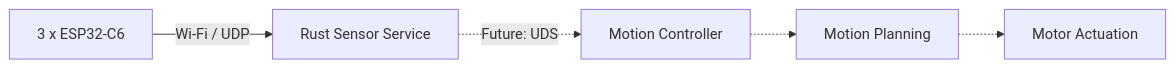
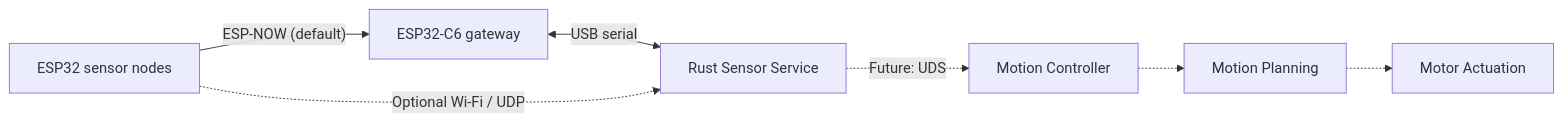
The fifth of 5 diagrams in docs/architecture.md (Neko-vecter/inverted-pendulum-sensor), drawn with Mermaid before and after one commit. The commit also changed other lines of this file and 37 other files, not shown here.

Commit message:
add esp now support

````diff
--- a/docs/architecture.md
+++ b/docs/architecture.md
@@ -197,7 +188,9 @@
 ```mermaid
 flowchart LR
-    ESP["3 x ESP32-C6"] -->|"Wi-Fi / UDP"| Server["Rust Sensor Service"]
+    ESP["ESP32 sensor nodes"] -->|"ESP-NOW (default)"| Gateway["ESP32-C6 gateway"]
+    Gateway <-->|"USB serial"| Server["Rust Sensor Service"]
+    ESP -.->|"Optional Wi-Fi / UDP"| Server
     Server -.->|"Future: UDS"| Controller["Motion Controller"]
     Controller -.-> Planner["Motion Planning"]
     Planner -.-> Motor["Motor Actuation"]
 ```
````
